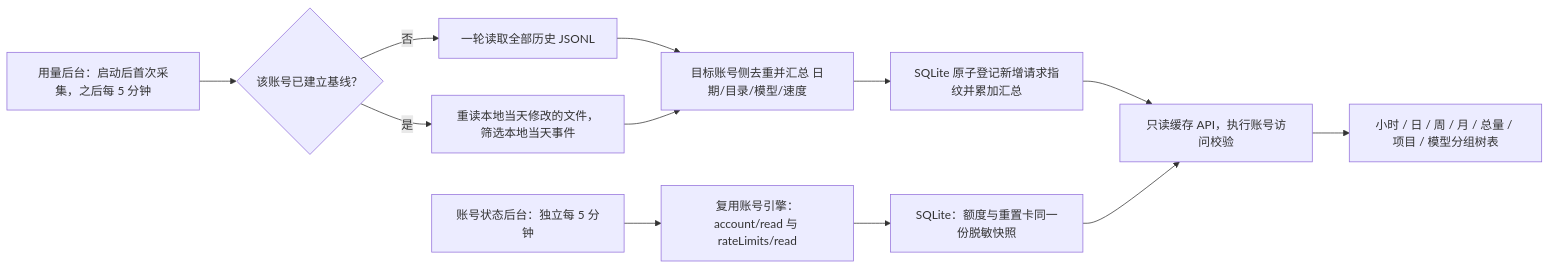
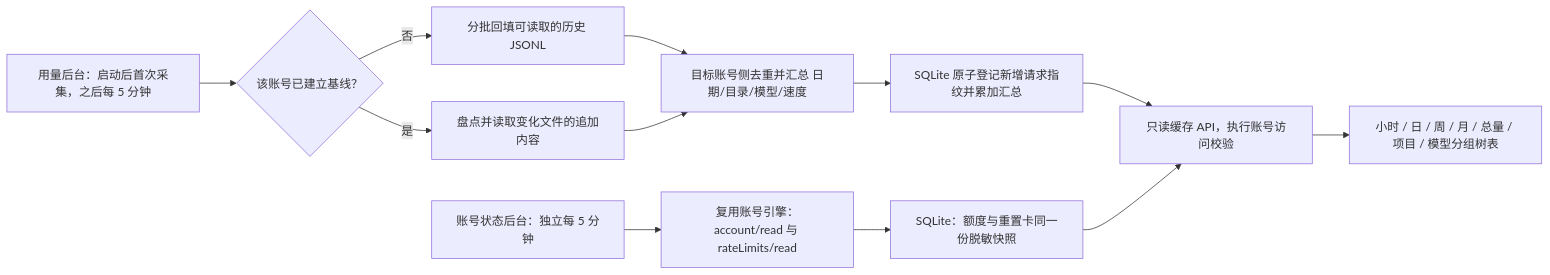
One commit to Poeagle/agentManager changed the first of 2 diagrams in docs/codex-account-usage.md. Above: the diagram before and after it, drawn with Mermaid. The commit also changed other lines of this file and 69 other files, not shown here.

````diff
--- a/docs/codex-account-usage.md
+++ b/docs/codex-account-usage.md
@@ -5,14 +5,14 @@
 ```mermaid
 flowchart LR
  A[用量后台：启动后首次采集，之后每 5 分钟] --> B{该账号已建立基线？}
- B -->|否| C[一轮读取全部历史 JSONL]
- B -->|是| D[重读本地当天修改的文件，筛选本地当天事件]
+ B -->|否| C[分批回填可读取的历史 JSONL]
+ B -->|是| D[盘点并读取变化文件的追加内容]
  C --> E[目标账号侧去重并汇总 日期/目录/模型/速度]
  D --> E
  E --> F[SQLite 原子登记新增请求指纹并累加汇总]
  G[账号状态后台：独立每 5 分钟] --> H[复用账号引擎：account/read 与 rateLimits/read]
  H --> I[SQLite：额度与重置卡同一份脱敏快照]
  F --> J[只读缓存 API，执行账号访问校验]
  I --> J
  J --> K[小时 / 日 / 周 / 月 / 总量 / 项目 / 模型分组树表]
 ```
````
